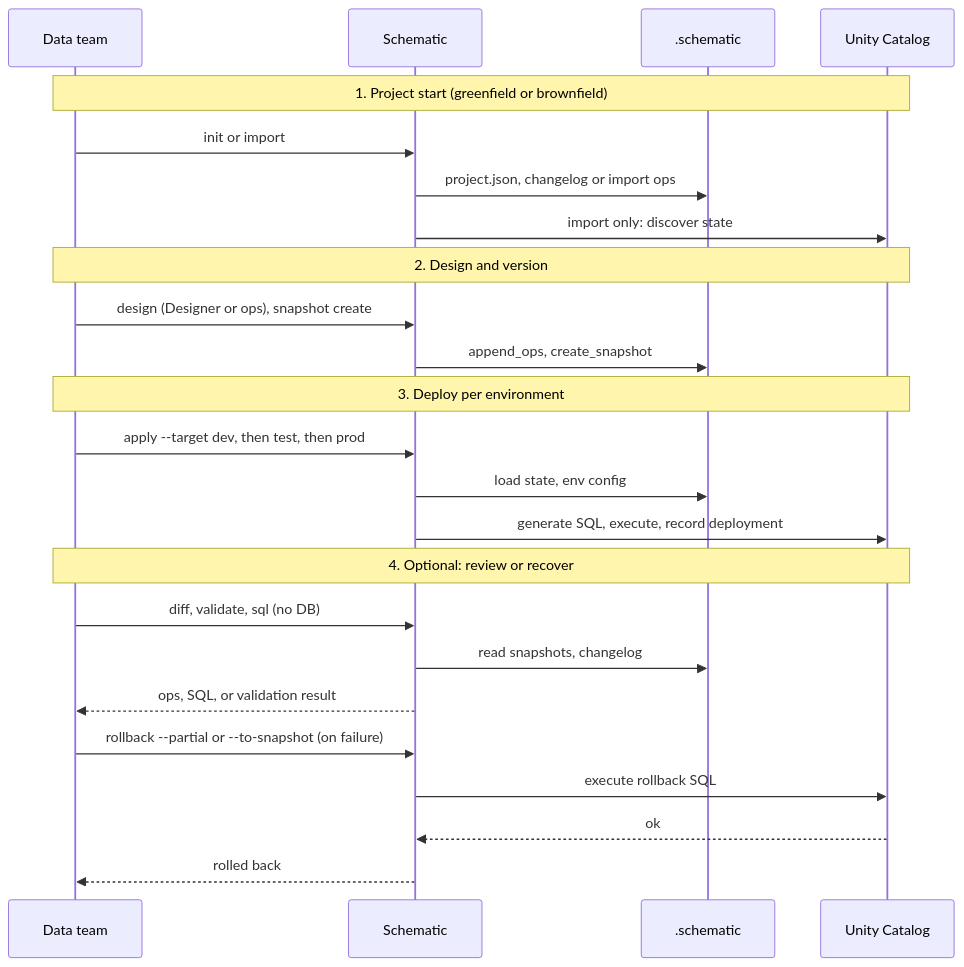
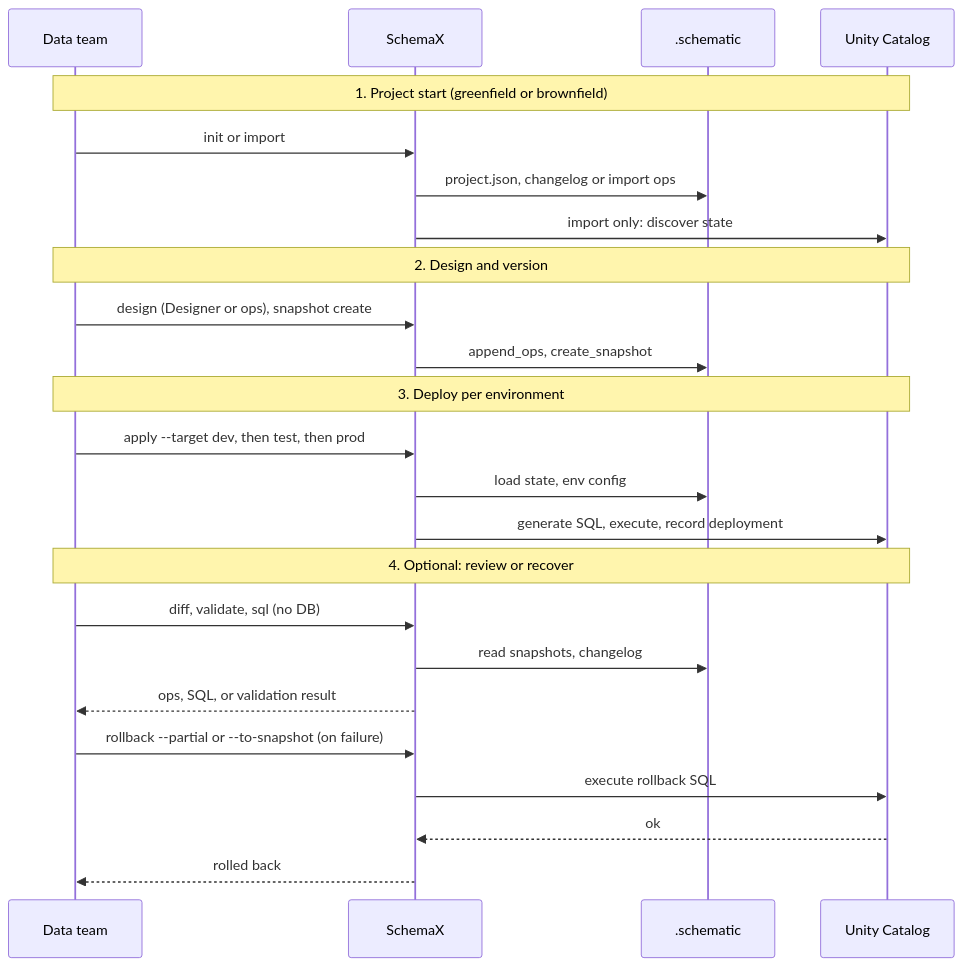
Before and after one commit to vb-dbrks/schemax: the sixth of 6 diagrams in docs/WORKFLOWS.md, drawn with Mermaid. The commit also changed other lines of this file and 204 other files, not shown here.

````diff
--- a/docs/WORKFLOWS.md
+++ b/docs/WORKFLOWS.md
@@ -337,30 +337,30 @@
 ```mermaid
 sequenceDiagram
   participant Team as Data team
-  participant Schematic as Schematic
+  participant SchemaX as SchemaX
   participant Storage as .schematic
   participant Catalog as Unity Catalog
 
   Note over Team,Catalog: 1. Project start (greenfield or brownfield)
-  Team->>Schematic: init or import
-  Schematic->>Storage: project.json, changelog or import ops
-  Schematic->>Catalog: import only: discover state
+  Team->>SchemaX: init or import
+  SchemaX->>Storage: project.json, changelog or import ops
+  SchemaX->>Catalog: import only: discover state
 
   Note over Team,Catalog: 2. Design and version
-  Team->>Schematic: design (Designer or ops), snapshot create
-  Schematic->>Storage: append_ops, create_snapshot
+  Team->>SchemaX: design (Designer or ops), snapshot create
+  SchemaX->>Storage: append_ops, create_snapshot
 
   Note over Team,Catalog: 3. Deploy per environment
-  Team->>Schematic: apply --target dev, then test, then prod
-  Schematic->>Storage: load state, env config
-  Schematic->>Catalog: generate SQL, execute, record deployment
+  Team->>SchemaX: apply --target dev, then test, then prod
+  SchemaX->>Storage: load state, env config
+  SchemaX->>Catalog: generate SQL, execute, record deployment
 
   Note over Team,Catalog: 4. Optional: review or recover
-  Team->>Schematic: diff, validate, sql (no DB)
-  Schematic->>Storage: read snapshots, changelog
-  Schematic-->>Team: ops, SQL, or validation result
-  Team->>Schematic: rollback --partial or --to-snapshot (on failure)
-  Schematic->>Catalog: execute rollback SQL
-  Catalog-->>Schematic: ok
-  Schematic-->>Team: rolled back
+  Team->>SchemaX: diff, validate, sql (no DB)
+  SchemaX->>Storage: read snapshots, changelog
+  SchemaX-->>Team: ops, SQL, or validation result
+  Team->>SchemaX: rollback --partial or --to-snapshot (on failure)
+  SchemaX->>Catalog: execute rollback SQL
+  Catalog-->>SchemaX: ok
+  SchemaX-->>Team: rolled back
 ```
````
